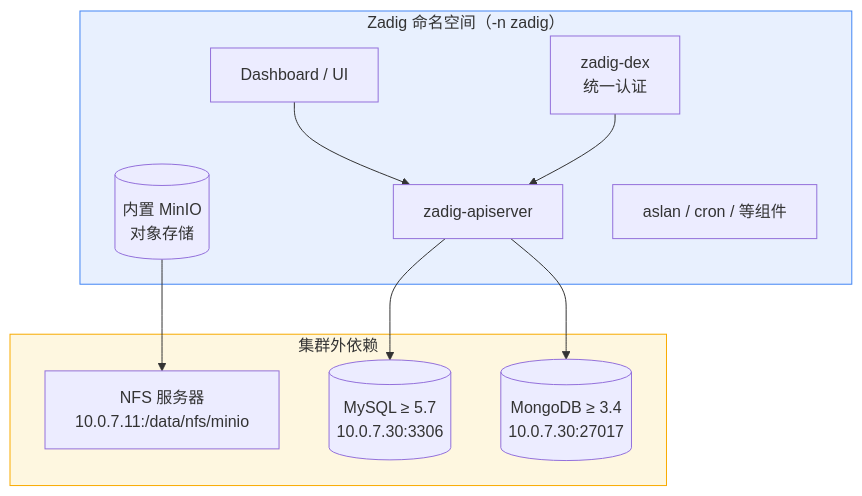
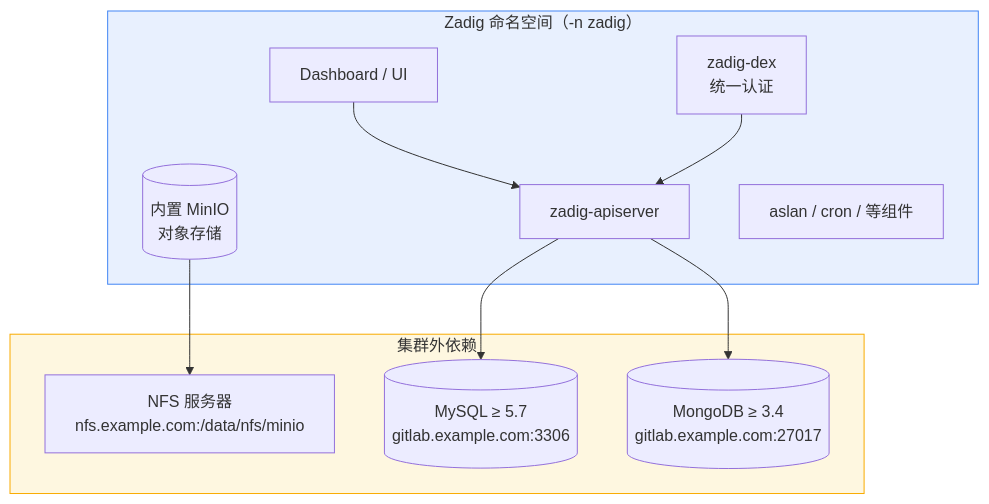
Before and after one commit to Ny-Open-Projects/web-x-blog: the diagram in work/target/mksz892/67_Zadig部署于K8s集群.md, drawn with Mermaid. The commit also changed other lines of this file and 126 other files, not shown here.

````diff
--- a/work/target/mksz892/67_Zadig部署于K8s集群.md
+++ b/work/target/mksz892/67_Zadig部署于K8s集群.md
@@ -22,22 +22,22 @@
 ```mermaid
 flowchart TB
     subgraph EXT["集群外依赖"]
-        NFS["NFS 服务器<br/>10.0.7.11:/data/nfs/minio"]
-        MYSQL[("MySQL ≥ 5.7<br/>10.0.7.30:3306")]
-        MONGO[("MongoDB ≥ 3.4<br/>10.0.7.30:27017")]
+        NFS["NFS 服务器<br/>nfs.example.com:/data/nfs/minio"]
+        MYSQL[("MySQL ≥ 5.7<br/>gitlab.example.com:3306")]
+        MONGO[("MongoDB ≥ 3.4<br/>gitlab.example.com:27017")]
     end
     subgraph ZADIG["Zadig 命名空间（-n zadig）"]
         APIS["zadig-apiserver"]
         DASH["Dashboard / UI"]
         DEX["zadig-dex<br/>统一认证"]
         MINIO[("内置 MinIO<br/>对象存储")]
         others["aslan / cron / 等组件"]
     end
     APIS --> MYSQL
     APIS --> MONGO
     MINIO --> NFS
     DASH --> APIS
     DEX --> APIS
     style EXT fill:#fef7e0,stroke:#f9ab00
     style ZADIG fill:#e8f0fe,stroke:#4285f4
 ```
````
